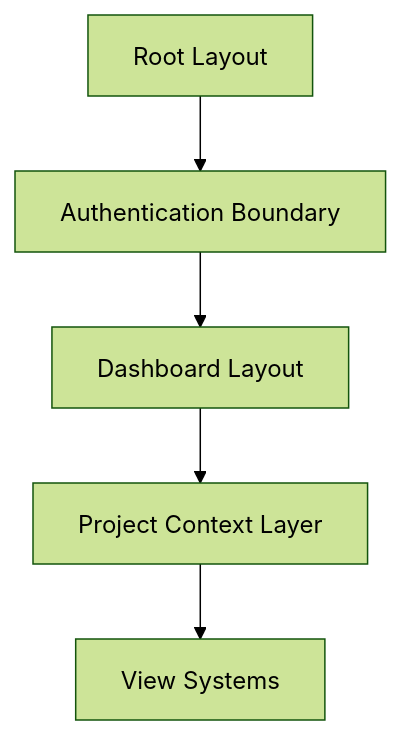
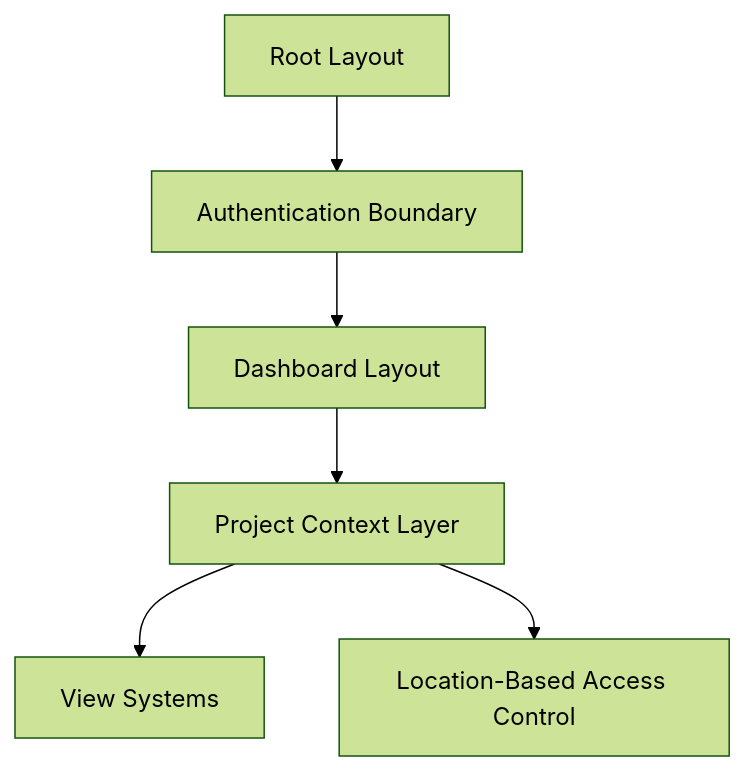
Before and after one commit to Huey-Magoos-IT/magooos-site: the first of 2 diagrams in client/CLIENT_GUIDE.md, drawn with Mermaid (forest theme). The commit also changed other lines of this file and 9 other files, not shown here.

````diff
--- a/client/CLIENT_GUIDE.md
+++ b/client/CLIENT_GUIDE.md
@@ -5,7 +5,8 @@
 ```mermaid
 graph TD
     A[Root Layout] --> B[Authentication Boundary]
     B --> C[Dashboard Layout]
     C --> D[Project Context Layer]
     D --> E[View Systems]
+    D --> F[Location-Based Access Control]
 ```
````
